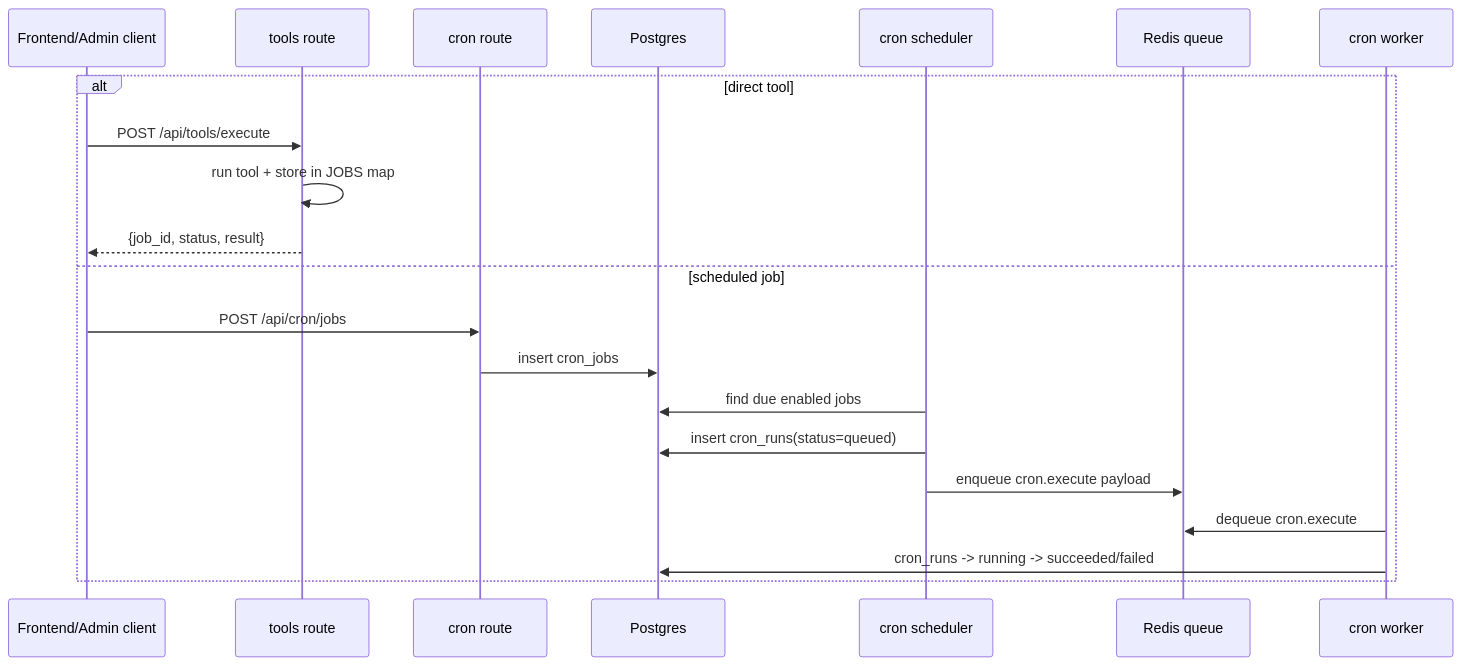
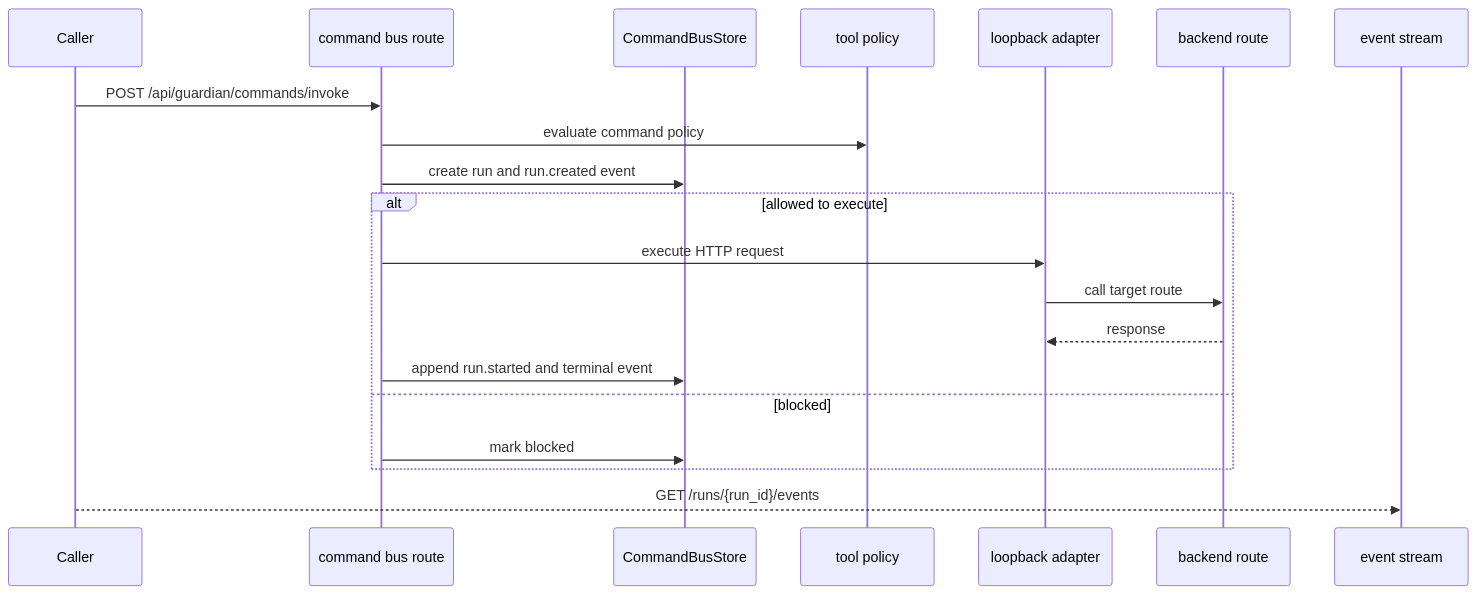
Before and after one commit to Resonant-Jones/Codexify: the fourth of 4 diagrams in docs/architecture/flows.md, drawn with Mermaid. The commit also changed other lines of this file and 7 other files, not shown here.

````diff
--- a/docs/architecture/flows.md
+++ b/docs/architecture/flows.md
@@ -218,24 +226,23 @@
 ```mermaid
 sequenceDiagram
-    participant UI as Frontend/Admin client
-    participant ToolsAPI as tools route
-    participant CronAPI as cron route
-    participant PG as Postgres
-    participant Scheduler as cron scheduler
-    participant Redis as Redis queue
-    participant CronW as cron worker
+    participant Client as Caller
+    participant CmdAPI as command bus route
+    participant Store as CommandBusStore
+    participant Policy as tool policy
+    participant Loopback as loopback adapter
+    participant Backend as backend route
+    participant Stream as event stream
 
-    alt direct tool
-        UI->>ToolsAPI: POST /api/tools/execute
-        ToolsAPI->>ToolsAPI: run tool + store in JOBS map
-        ToolsAPI-->>UI: {job_id, status, result}
-    else scheduled job
-        UI->>CronAPI: POST /api/cron/jobs
-        CronAPI->>PG: insert cron_jobs
-        Scheduler->>PG: find due enabled jobs
-        Scheduler->>PG: insert cron_runs(status=queued)
-        Scheduler->>Redis: enqueue cron.execute payload
-        CronW->>Redis: dequeue cron.execute
-        CronW->>PG: cron_runs -> running -> succeeded/failed
+    Client->>CmdAPI: POST /api/guardian/commands/invoke
+    CmdAPI->>Policy: evaluate command policy
+    CmdAPI->>Store: create run and run.created event
+    alt allowed to execute
+        CmdAPI->>Loopback: execute HTTP request
+        Loopback->>Backend: call target route
+        Backend-->>Loopback: response
+        CmdAPI->>Store: append run.started and terminal event
+    else blocked
+        CmdAPI->>Store: mark blocked
     end
+    Client-->>Stream: GET /runs/{run_id}/events
 ```
````
